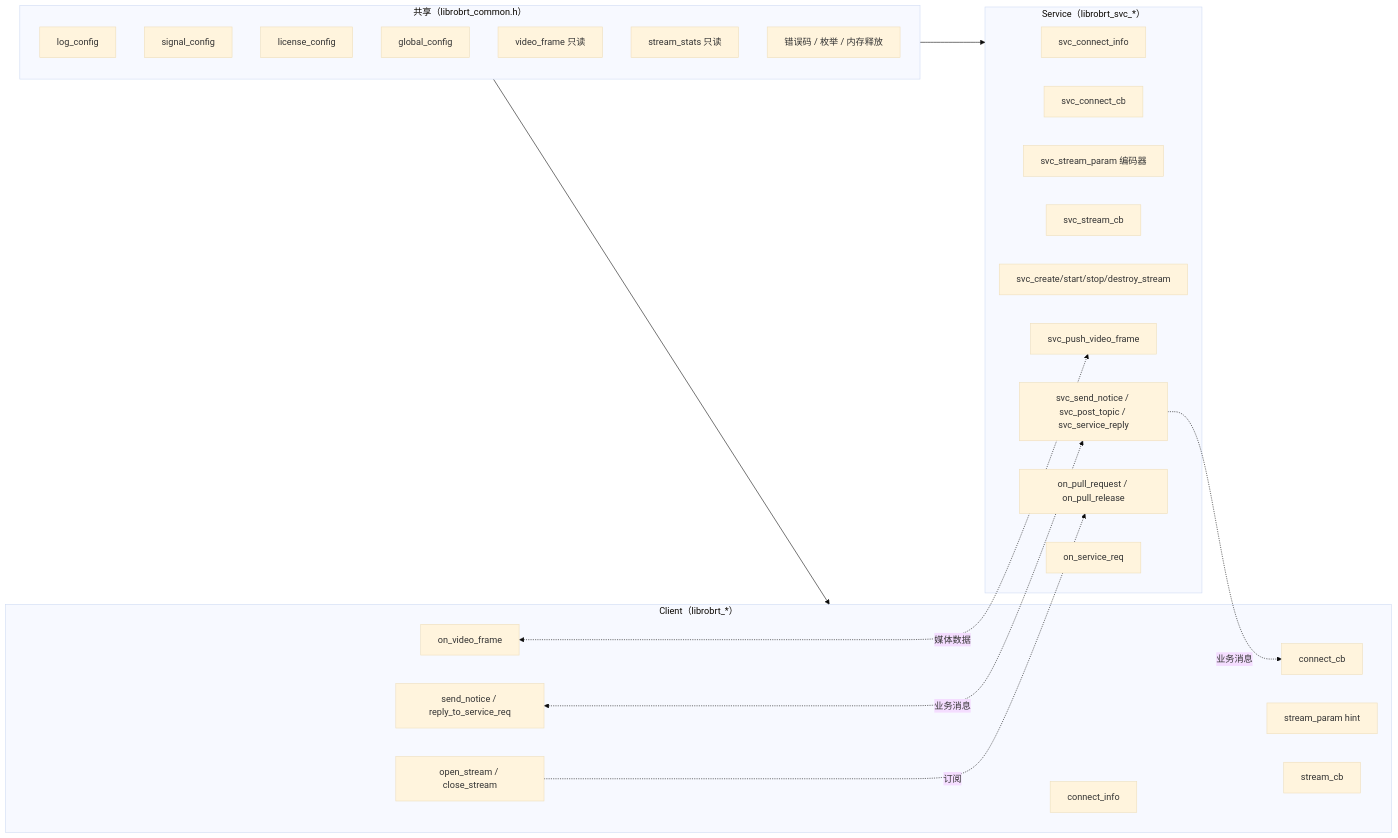
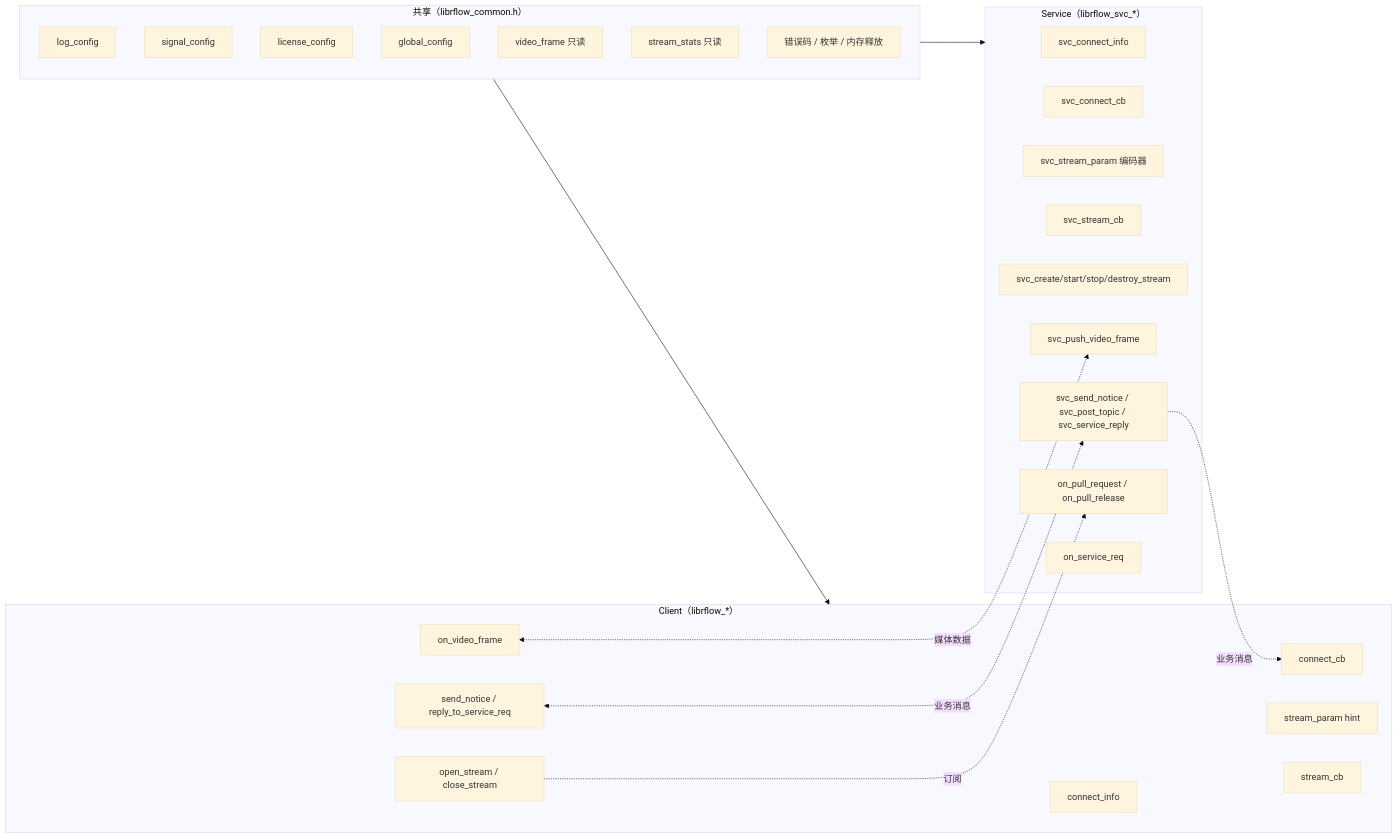
Before and after one commit to honeyyaya/libRoboFlow: the first of 11 diagrams in docs/service_api_design.md, drawn with Mermaid (base theme). The commit also changed other lines of this file and 113 other files, not shown here.

````diff
--- a/docs/service_api_design.md
+++ b/docs/service_api_design.md
@@ -26,42 +26,42 @@
 ```mermaid
 graph LR
-    subgraph 共享["共享（librobrt_common.h）"]
+    subgraph 共享["共享（librflow_common.h）"]
         S1[log_config]
         S2[signal_config]
         S3[license_config]
         S4[global_config]
         S5[video_frame 只读]
         S6[stream_stats 只读]
         S7[错误码 / 枚举 / 内存释放]
     end
 
-    subgraph ClientSDK["Client（librobrt_*）"]
+    subgraph ClientSDK["Client（librflow_*）"]
         C1[connect_info]
         C2[connect_cb]
         C3[stream_param hint]
         C4[stream_cb]
         C5[open_stream / close_stream]
         C6[send_notice / reply_to_service_req]
         C7[on_video_frame]
     end
 
-    subgraph ServiceSDK["Service（librobrt_svc_*）"]
+    subgraph ServiceSDK["Service（librflow_svc_*）"]
         V1[svc_connect_info]
         V2[svc_connect_cb]
         V3[svc_stream_param 编码器]
         V4[svc_stream_cb]
         V5[svc_create/start/stop/destroy_stream]
         V6[svc_push_video_frame]
         V8[svc_send_notice / svc_post_topic / svc_service_reply]
         V9[on_pull_request / on_pull_release]
         VB[on_service_req]
     end
 
     共享 --> ClientSDK
     共享 --> ServiceSDK
 
     C5 -.订阅.-> V9
     C6 <-.业务消息.-> V8
     C7 <-.媒体数据.-> V6
     V8 -.业务消息.-> C2
 ```
````
